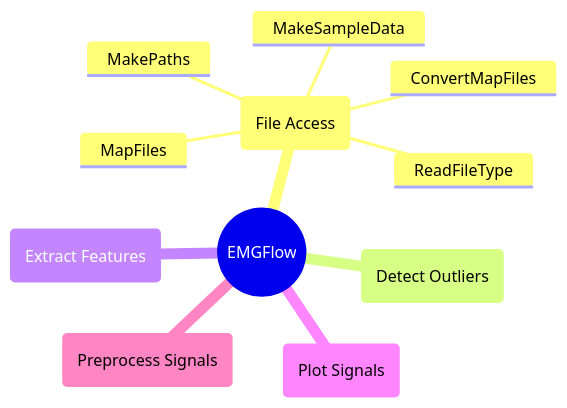
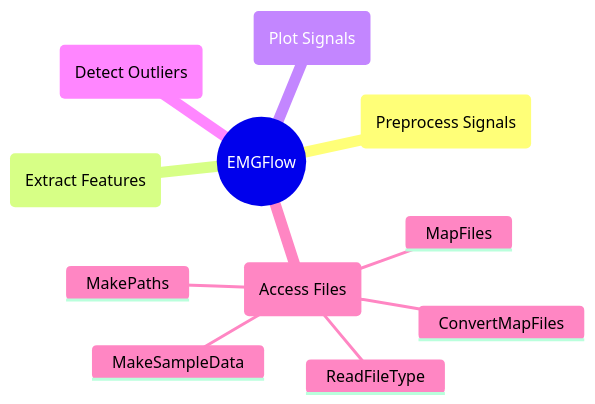
Before and after one commit to WiIIson/EMGFlow-Python-Package: the diagram in docs/reference/access-files.md, drawn with Mermaid. The commit also changed 5 other files, not shown here.

First line of the commit message:
Reordered mindmaps

````diff
--- a/docs/reference/access-files.md
+++ b/docs/reference/access-files.md
@@ -7,14 +7,14 @@
 ```mermaid
 mindmap
     root((EMGFlow))
-        AF(File Access)
+        PrS(Preprocess Signals)
+        EF(Extract Features)
+        PlS(Plot Signals)
+        DO(Detect Outliers)
+        AF(Access Files)
             MakePaths
             MakeSampleData
             ReadFileType
             MapFiles
             ConvertMapFiles
-        DO(Detect Outliers)
-        EF(Extract Features)
-        PlS(Plot Signals)
-        PrS(Preprocess Signals)
 ```
````
